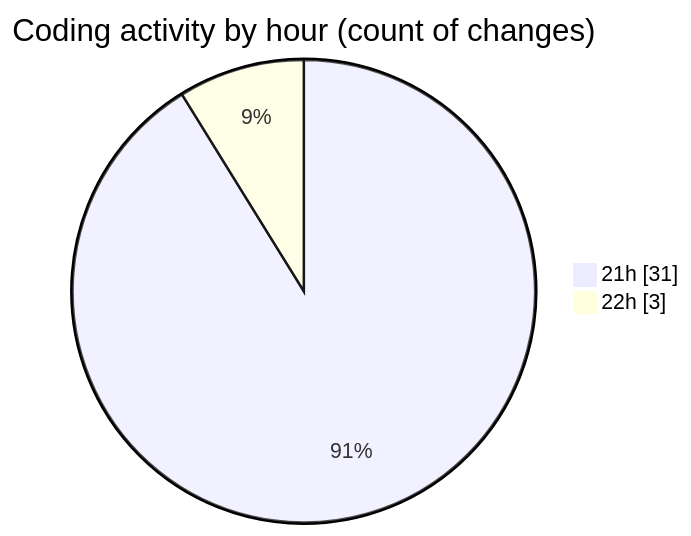
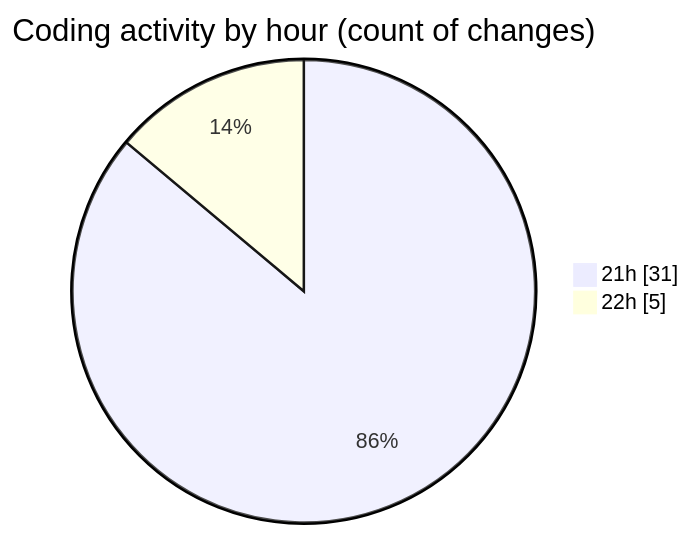
Before and after one commit to lephambinh05/code-tracking: the second of 2 diagrams in 2025-07-19/reggarena/README.md, drawn with Mermaid. The commit also changed other lines of this file and 1 other file, not shown here.

````diff
--- a/2025-07-19/reggarena/README.md
+++ b/2025-07-19/reggarena/README.md
@@ -44,6 +44,6 @@
 ```mermaid
 pie showData
 title Coding activity by hour (count of changes)
 "21h" : 31
-"22h" : 3
+"22h" : 5
 ```
````
